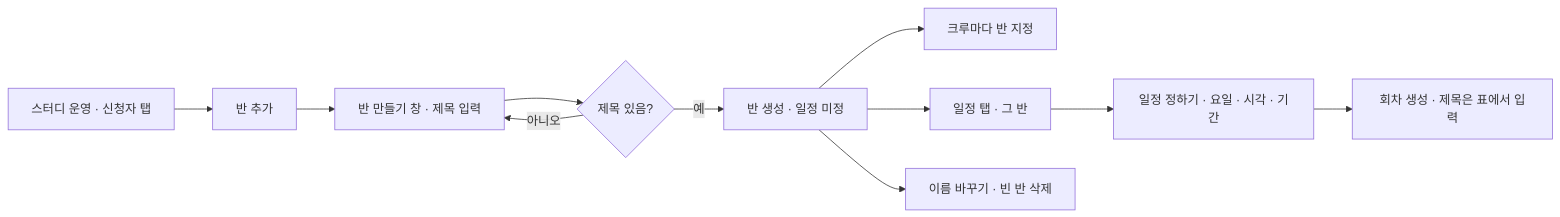
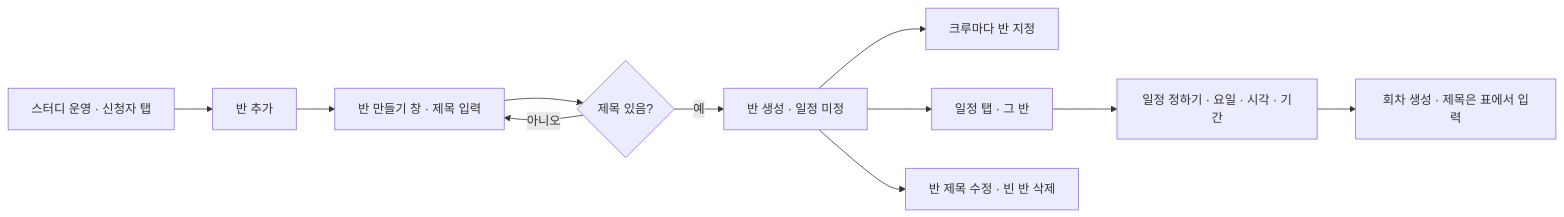
The first of 2 diagrams in 01-planning/stories/captain-assign-classes/PRD.md (StudyClub-PlusPlus/studyclub-engineering), drawn with Mermaid before and after one commit. The commit also changed other lines of this file and 6 other files, not shown here.

````diff
--- a/01-planning/stories/captain-assign-classes/PRD.md
+++ b/01-planning/stories/captain-assign-classes/PRD.md
@@ -9,13 +9,13 @@
 ```mermaid
 flowchart LR
   A["스터디 운영 · 신청자 탭"] --> B["반 추가"]
   B --> C["반 만들기 창 · 제목 입력"]
   C --> D{"제목 있음?"}
   D -->|아니오| C
   D -->|예| E["반 생성 · 일정 미정"]
   E --> F["크루마다 반 지정"]
   E --> G["일정 탭 · 그 반"]
   G --> H["일정 정하기 · 요일 · 시각 · 기간"]
   H --> I["회차 생성 · 제목은 표에서 입력"]
-  E --> J["이름 바꾸기 · 빈 반 삭제"]
+  E --> J["반 제목 수정 · 빈 반 삭제"]
 ```
````
